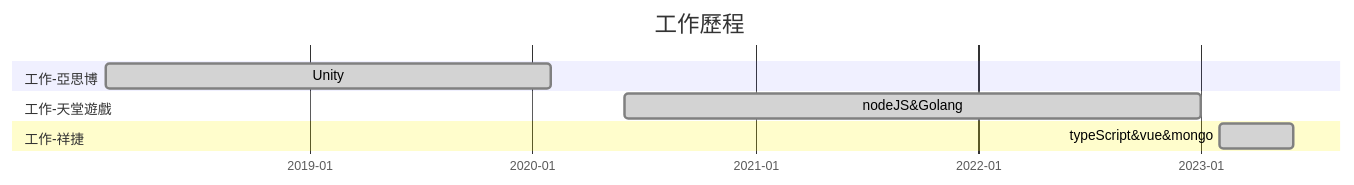
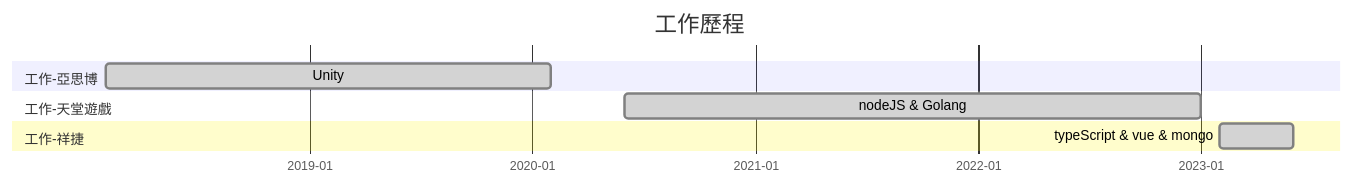
The diagram in ore.md (Chu16537/note), drawn with Mermaid before and after one commit. The commit also changed 1 other file, not shown here.

Commit message:
調整甘特圖

````diff
--- a/ore.md
+++ b/ore.md
@@ -8,17 +8,17 @@
 ```mermaid
 gantt
    title  工作歷程
 
    dateFormat  YYYY-MM
 	axisFormat  %Y-%m
 
       section 工作-亞思博
          Unity: done, 2018-02, 2020-02
 
       section 工作-天堂遊戲
-         nodeJS&Golang: done, 2020-06, 2023-01
+         nodeJS & Golang: done, 2020-06, 2023-01
 
       section 工作-祥捷
-         typeScript&vue&mongo: done, 2023-02, 2023-06
+         typeScript & vue & mongo: done, 2023-02, 2023-06
 
 ```
````
